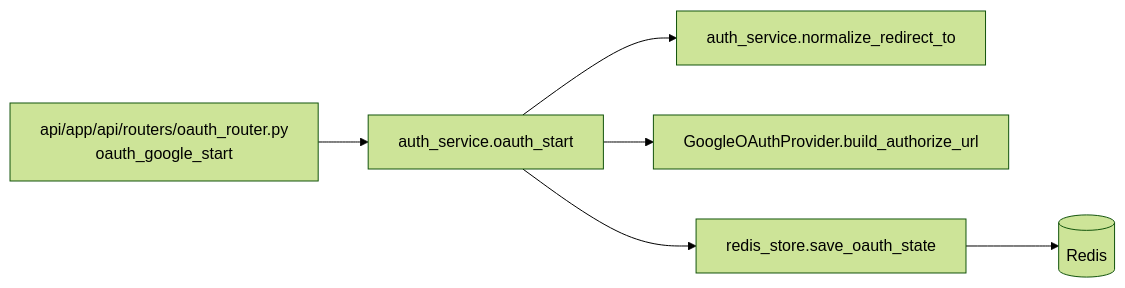
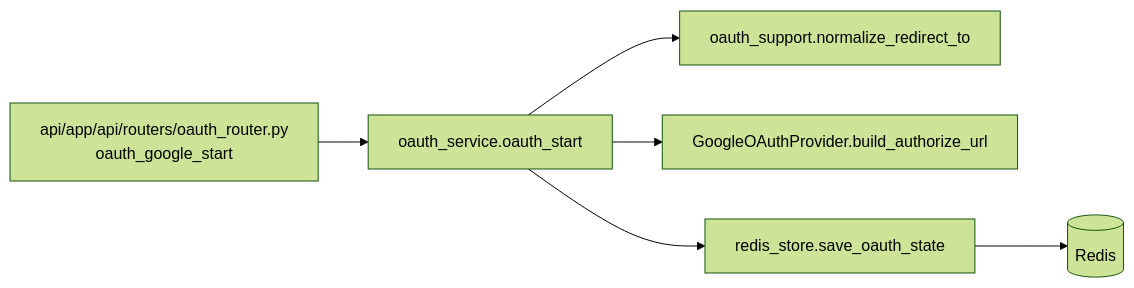
The third of 4 diagrams in docs/detailed_design/api/auth/11_get_auth_oauth_google.md (oikawa-d/task_management), drawn with Mermaid (forest theme) before and after one commit. The commit also changed other lines of this file and 29 other files, not shown here.

````diff
--- a/docs/detailed_design/api/auth/11_get_auth_oauth_google.md
+++ b/docs/detailed_design/api/auth/11_get_auth_oauth_google.md
@@ -215,8 +215,8 @@
 ```mermaid
 flowchart LR
-    R["api/app/api/routers/oauth_router.py<br/>oauth_google_start"] --> S["auth_service.oauth_start"]
-    S --> N["auth_service.normalize_redirect_to"]
+    R["api/app/api/routers/oauth_router.py<br/>oauth_google_start"] --> S["oauth_service.oauth_start"]
+    S --> N["oauth_support.normalize_redirect_to"]
     S --> OA["GoogleOAuthProvider.build_authorize_url"]
     S --> RS["redis_store.save_oauth_state"]
     RS --> RD[("Redis")]
 ```
````
